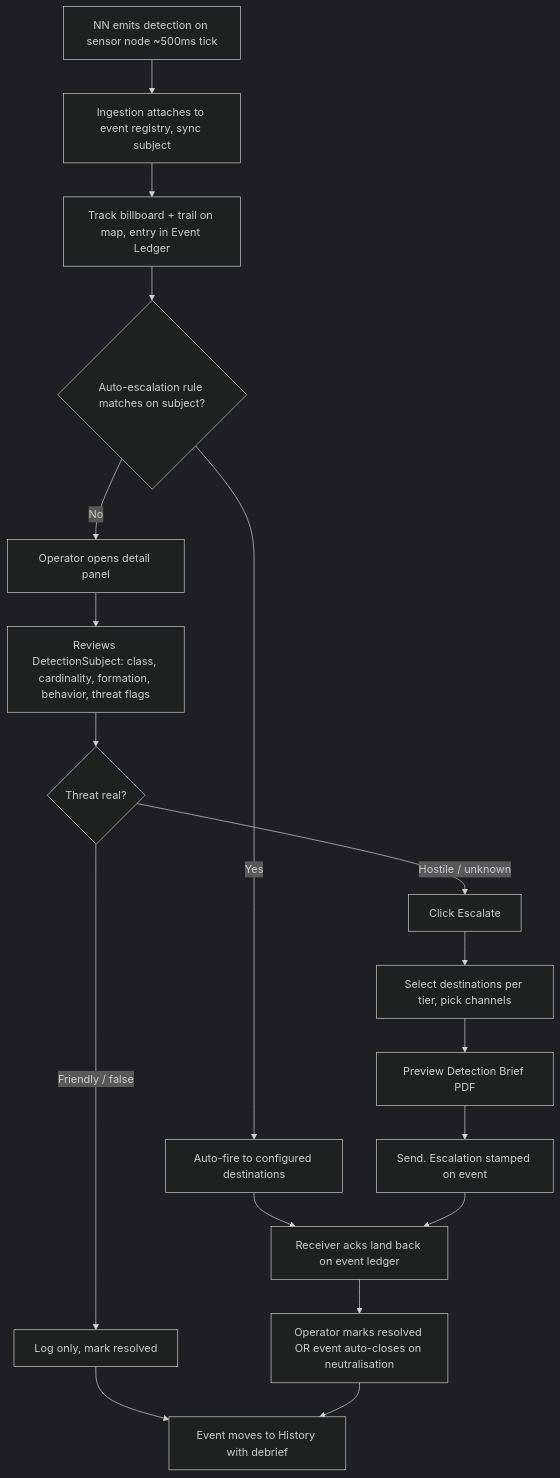
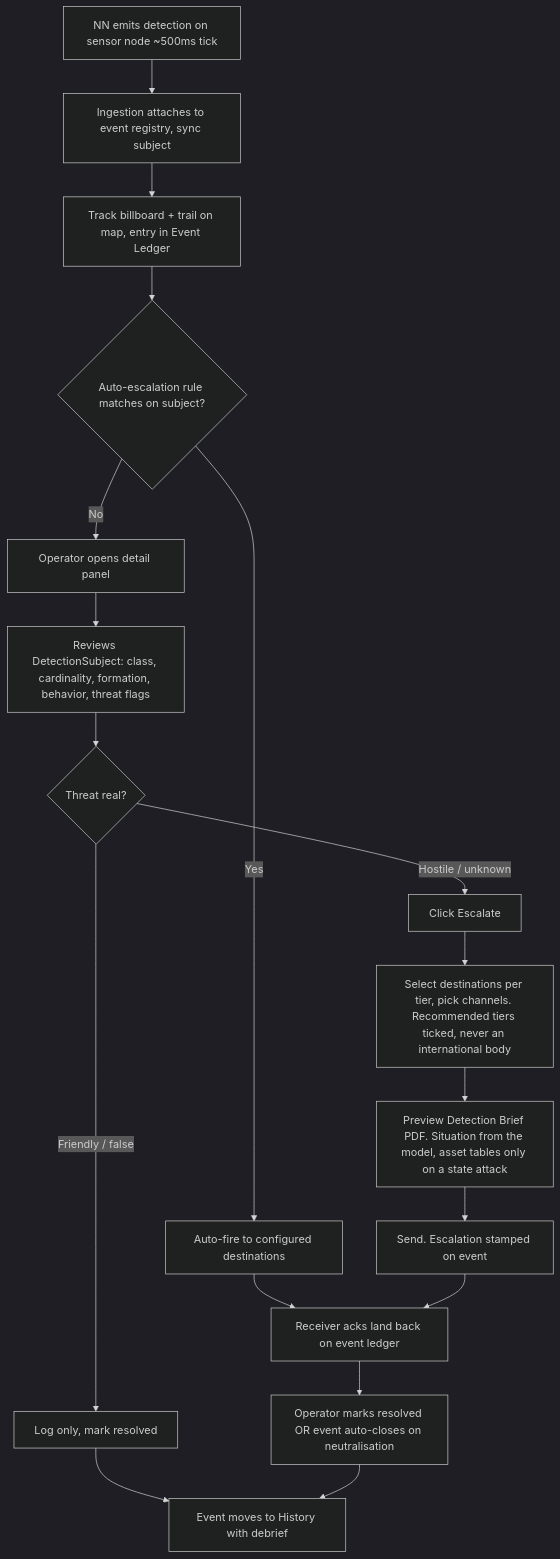
One commit to Luckyluc321/ISR-Systems-c2-platform changed the first of 11 diagrams in docs/user-flows.md. Above: the diagram before and after it, drawn with Mermaid (dark theme). The commit also changed 9 other files, not shown here.

````diff
--- a/docs/user-flows.md
+++ b/docs/user-flows.md
@@ -60,20 +60,20 @@
 ```mermaid
 flowchart TD
     A[NN emits detection on sensor node ~500ms tick] --> B[Ingestion attaches to event registry, sync subject]
     B --> C[Track billboard + trail on map, entry in Event Ledger]
     C --> D{Auto-escalation rule matches on subject?}
     D -->|Yes| E[Auto-fire to configured destinations]
     D -->|No| F[Operator opens detail panel]
     F --> G[Reviews DetectionSubject: class, cardinality, formation, behavior, threat flags]
     G --> H{Threat real?}
     H -->|Friendly / false| I[Log only, mark resolved]
     H -->|Hostile / unknown| J[Click Escalate]
-    J --> K[Select destinations per tier, pick channels]
-    K --> L[Preview Detection Brief PDF]
+    J --> K[Select destinations per tier, pick channels. Recommended tiers ticked, never an international body]
+    K --> L[Preview Detection Brief PDF. Situation from the model, asset tables only on a state attack]
     L --> M[Send. Escalation stamped on event]
     E --> N[Receiver acks land back on event ledger]
     M --> N
     N --> O[Operator marks resolved OR event auto-closes on neutralisation]
     I --> P[Event moves to History with debrief]
     O --> P
 ```
````
